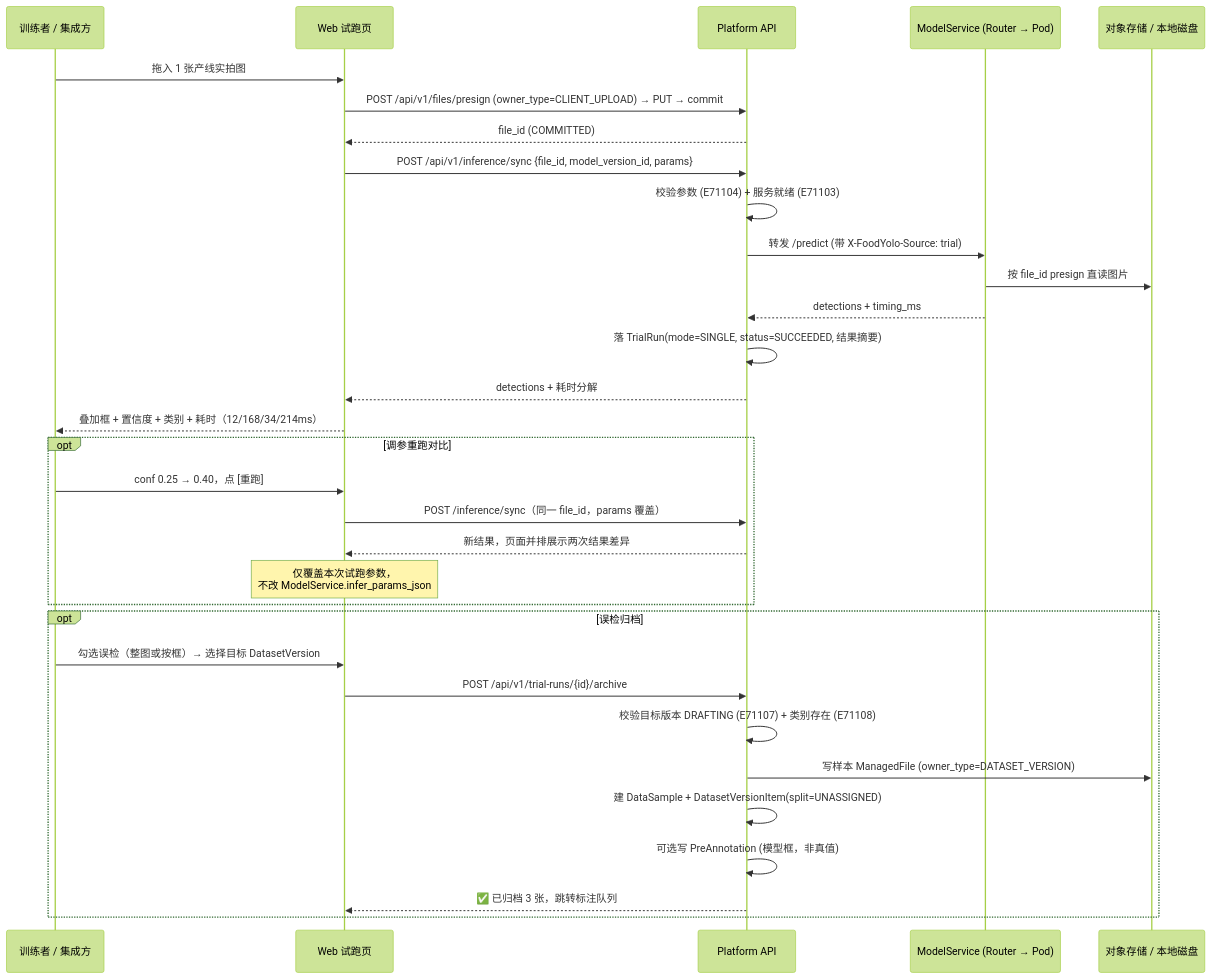
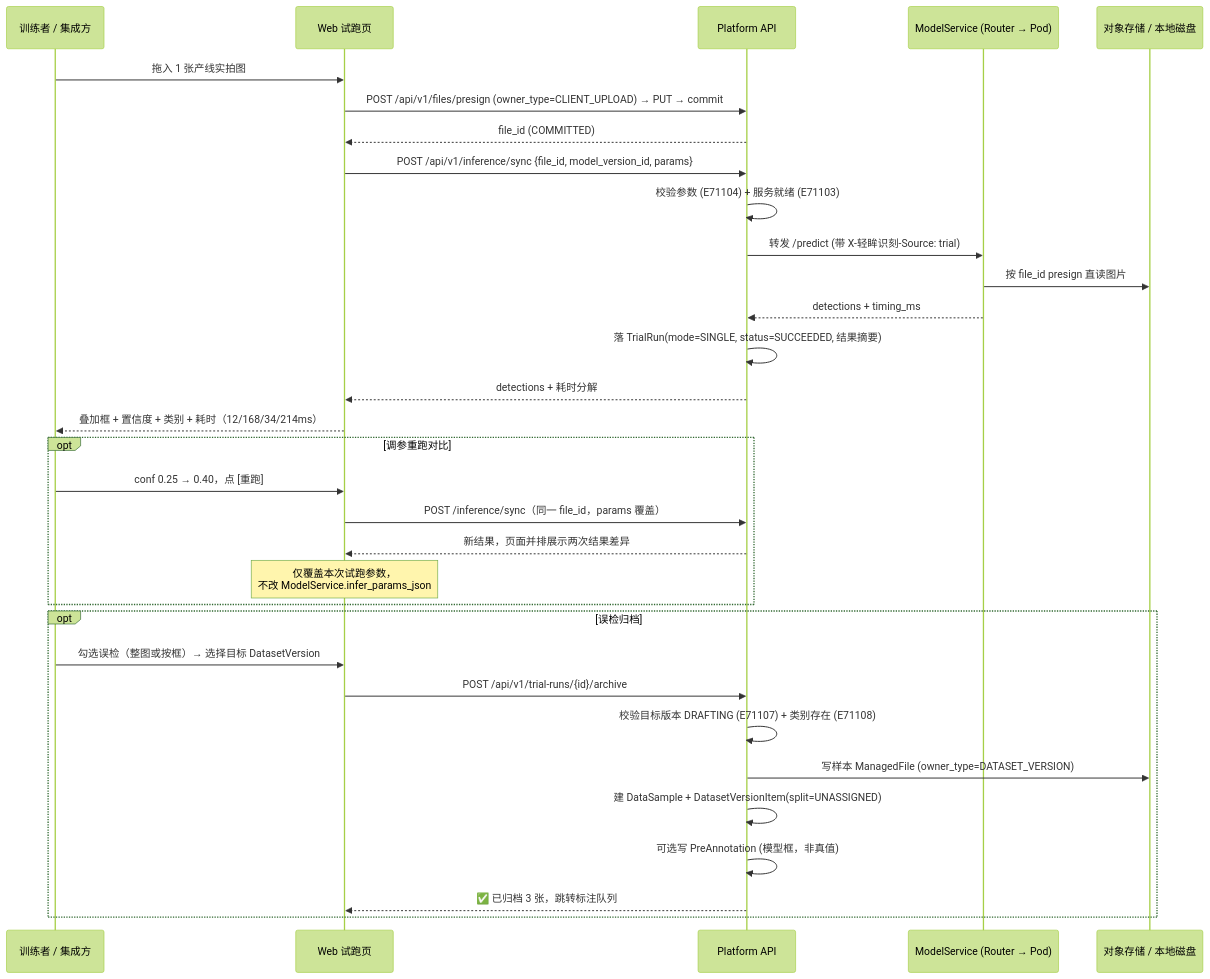
The third of 6 diagrams in PRD/07_部署推理/P0111_在线试跑.md (QingMouFoodDate/ProjectPRD), drawn with Mermaid (forest theme) before and after one commit. The commit also changed other lines of this file and 45 other files, not shown here.

First line of the commit message:
docs: 产品名统一为轻眸识刻 + 新增仓库地图

````diff
--- a/PRD/07_部署推理/P0111_在线试跑.md
+++ b/PRD/07_部署推理/P0111_在线试跑.md
@@ -179,35 +179,35 @@
 ```mermaid
 sequenceDiagram
     participant U as 训练者 / 集成方
     participant Web as Web 试跑页
     participant API as Platform API
     participant SVC as ModelService (Router → Pod)
     participant OBJ as 对象存储 / 本地磁盘
 
     U->>Web: 拖入 1 张产线实拍图
     Web->>API: POST /api/v1/files/presign (owner_type=CLIENT_UPLOAD) → PUT → commit
     API-->>Web: file_id (COMMITTED)
     Web->>API: POST /api/v1/inference/sync {file_id, model_version_id, params}
     API->>API: 校验参数 (E71104) + 服务就绪 (E71103)
-    API->>SVC: 转发 /predict (带 X-FoodYolo-Source: trial)
+    API->>SVC: 转发 /predict (带 X-轻眸识刻-Source: trial)
     SVC->>OBJ: 按 file_id presign 直读图片
     SVC-->>API: detections + timing_ms
     API->>API: 落 TrialRun(mode=SINGLE, status=SUCCEEDED, 结果摘要)
     API-->>Web: detections + 耗时分解
     Web-->>U: 叠加框 + 置信度 + 类别 + 耗时（12/168/34/214ms）
     opt 调参重跑对比
         U->>Web: conf 0.25 → 0.40，点 [重跑]
         Web->>API: POST /inference/sync（同一 file_id，params 覆盖）
         API-->>Web: 新结果，页面并排展示两次结果差异
         Note over Web: 仅覆盖本次试跑参数，<br/>不改 ModelService.infer_params_json
     end
     opt 误检归档
         U->>Web: 勾选误检（整图或按框）→ 选择目标 DatasetVersion
         Web->>API: POST /api/v1/trial-runs/{id}/archive
         API->>API: 校验目标版本 DRAFTING (E71107) + 类别存在 (E71108)
         API->>OBJ: 写样本 ManagedFile (owner_type=DATASET_VERSION)
         API->>API: 建 DataSample + DatasetVersionItem(split=UNASSIGNED)
         API->>API: 可选写 PreAnnotation (模型框，非真值)
         API-->>Web: ✅ 已归档 3 张，跳转标注队列
     end
 ```
````
